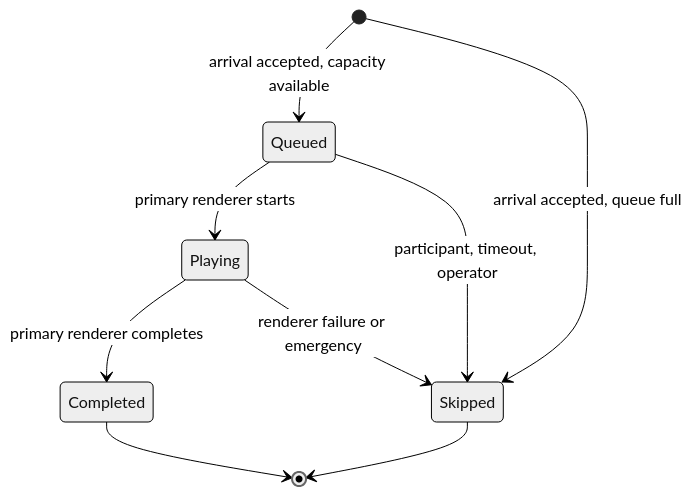
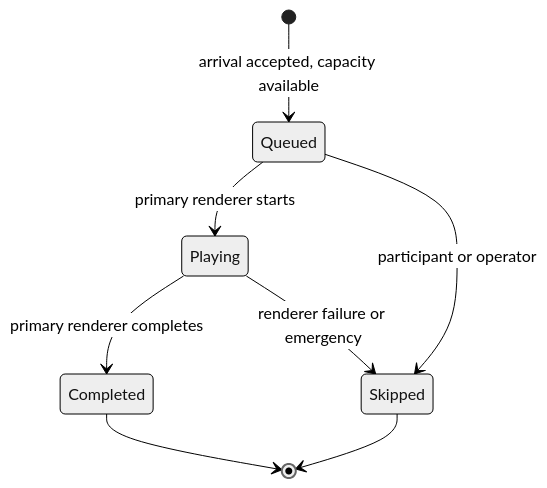
The second of 2 diagrams in docs/state-machine.md (Mino829/trace-campus-installation), drawn with Mermaid (neutral theme) before and after one commit. The commit also changed other lines of this file and 8 other files, not shown here.

````diff
--- a/docs/state-machine.md
+++ b/docs/state-machine.md
@@ -51,11 +51,10 @@
 ```mermaid
 stateDiagram-v2
     [*] --> Queued: arrival accepted, capacity available
-    [*] --> Skipped: arrival accepted, queue full
     Queued --> Playing: primary renderer starts
-    Queued --> Skipped: participant, timeout, operator
+    Queued --> Skipped: participant or operator
     Playing --> Completed: primary renderer completes
     Playing --> Skipped: renderer failure or emergency
     Completed --> [*]
     Skipped --> [*]
 ```
````
